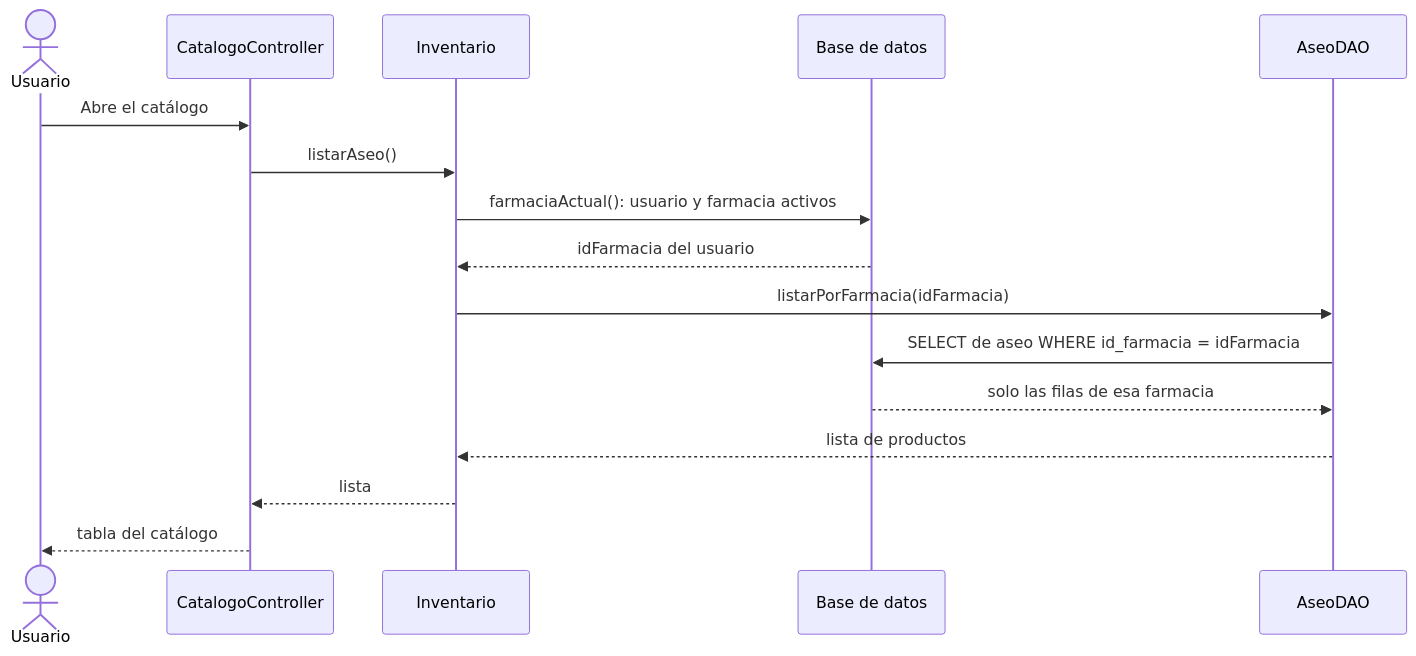
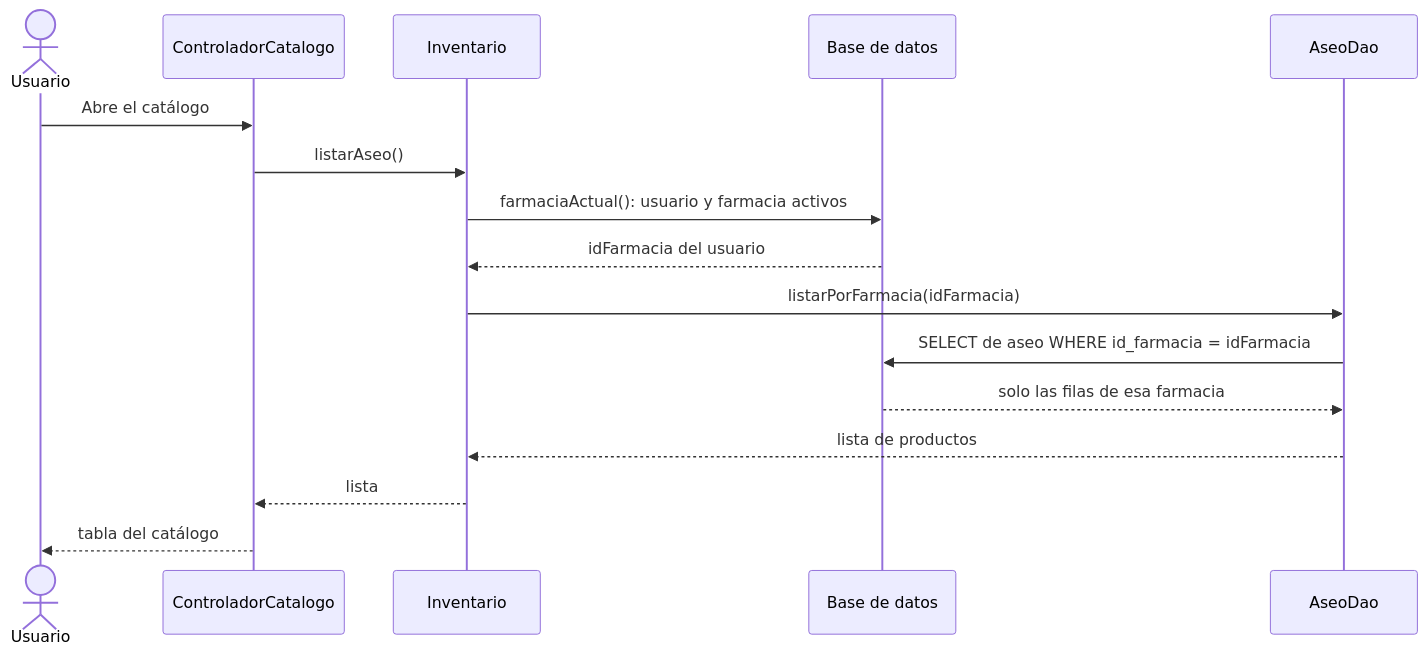
Before and after one commit to puj-course/FIS_2630_1204_G1: the diagram in docs/architecture/design/SEGREGACION_FARMACIA_APLICACION.md, drawn with Mermaid. The commit also changed other lines of this file and 121 other files, not shown here.

````diff
--- a/docs/architecture/design/SEGREGACION_FARMACIA_APLICACION.md
+++ b/docs/architecture/design/SEGREGACION_FARMACIA_APLICACION.md
@@ -11,19 +11,19 @@
 ```mermaid
 sequenceDiagram
     actor U as Usuario
-    participant C as CatalogoController
+    participant C as ControladorCatalogo
     participant I as Inventario
     participant B as Base de datos
-    participant D as AseoDAO
+    participant D as AseoDao
 
     U->>C: Abre el catálogo
     C->>I: listarAseo()
     I->>B: farmaciaActual(): usuario y farmacia activos
     B-->>I: idFarmacia del usuario
     I->>D: listarPorFarmacia(idFarmacia)
     D->>B: SELECT de aseo WHERE id_farmacia = idFarmacia
     B-->>D: solo las filas de esa farmacia
     D-->>I: lista de productos
     I-->>C: lista
     C-->>U: tabla del catálogo
 ```
````
